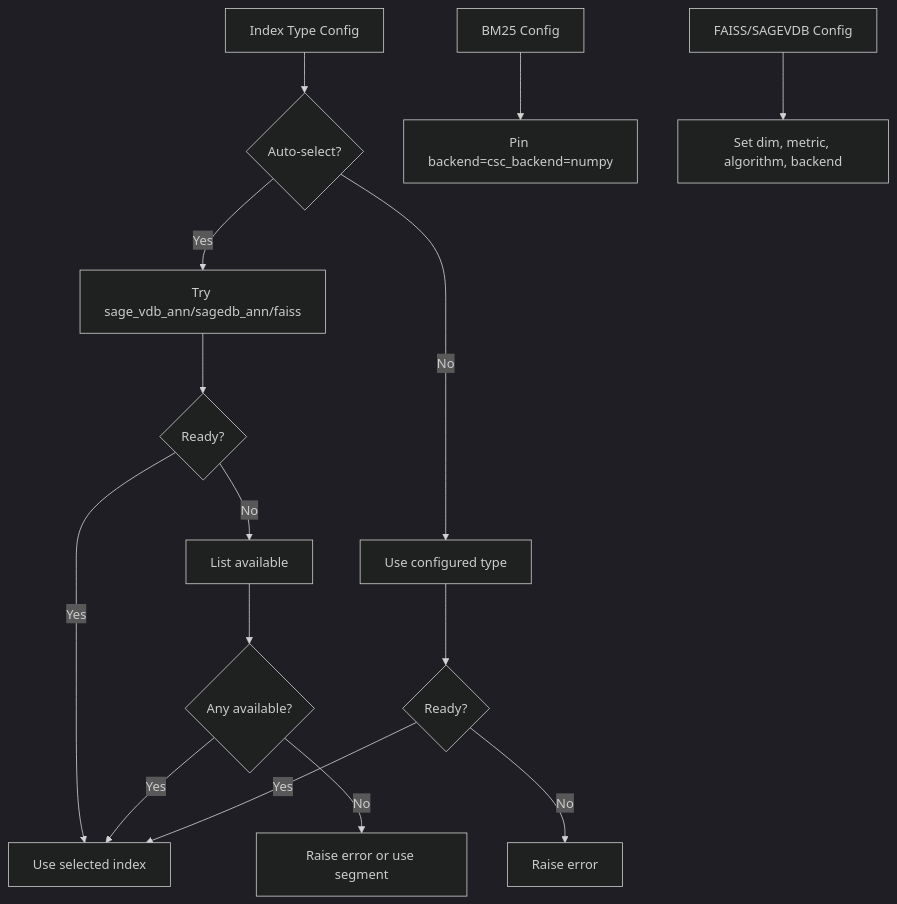
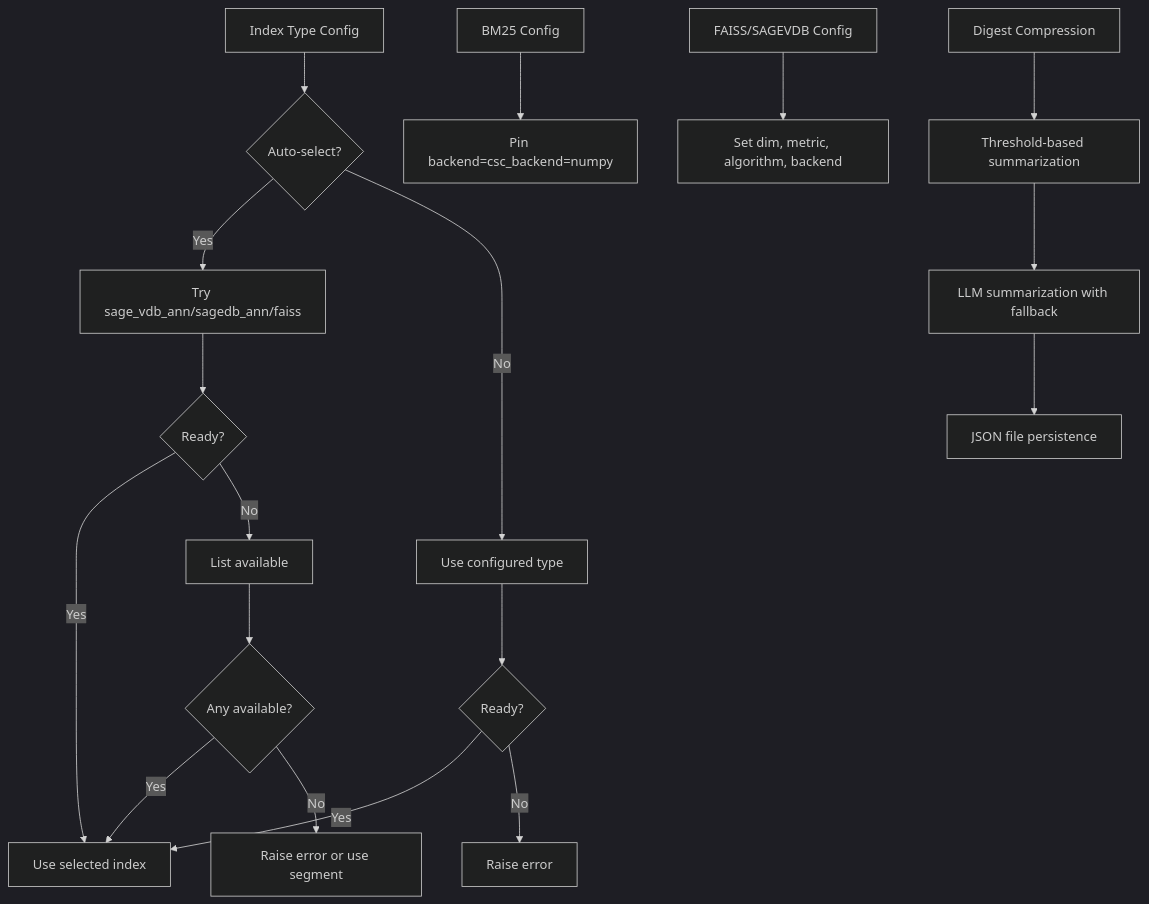
The seventh of 10 diagrams in .qoder/repowiki/en/content/Memory Systems/Memory Systems.md (intellistream/sage-mate), drawn with Mermaid (dark theme) before and after one commit. The commit also changed other lines of this file and 136 other files, not shown here.

First line of the commit message:
chore: source updates, bidirectional link graph, data and repowiki refresh

````diff
--- a/.qoder/repowiki/en/content/Memory Systems/Memory Systems.md
+++ b/.qoder/repowiki/en/content/Memory Systems/Memory Systems.md
@@ -319,17 +396,20 @@
 ```mermaid
 flowchart TD
 A["Index Type Config"] --> B{"Auto-select?"}
 B --> |Yes| C["Try sage_vdb_ann/sagedb_ann/faiss"]
 B --> |No| D["Use configured type"]
 C --> E{"Ready?"}
 E --> |Yes| F["Use selected index"]
 E --> |No| G["List available"]
 G --> H{"Any available?"}
 H --> |Yes| F
 H --> |No| I["Raise error or use segment"]
 D --> J{"Ready?"}
 J --> |Yes| F
 J --> |No| K["Raise error"]
 L["BM25 Config"] --> M["Pin backend=csc_backend=numpy"]
 N["FAISS/SAGEVDB Config"] --> O["Set dim, metric, algorithm, backend"]
+P["Digest Compression"] --> Q["Threshold-based summarization"]
+Q --> R["LLM summarization with fallback"]
+R --> S["JSON file persistence"]
 ```
````
